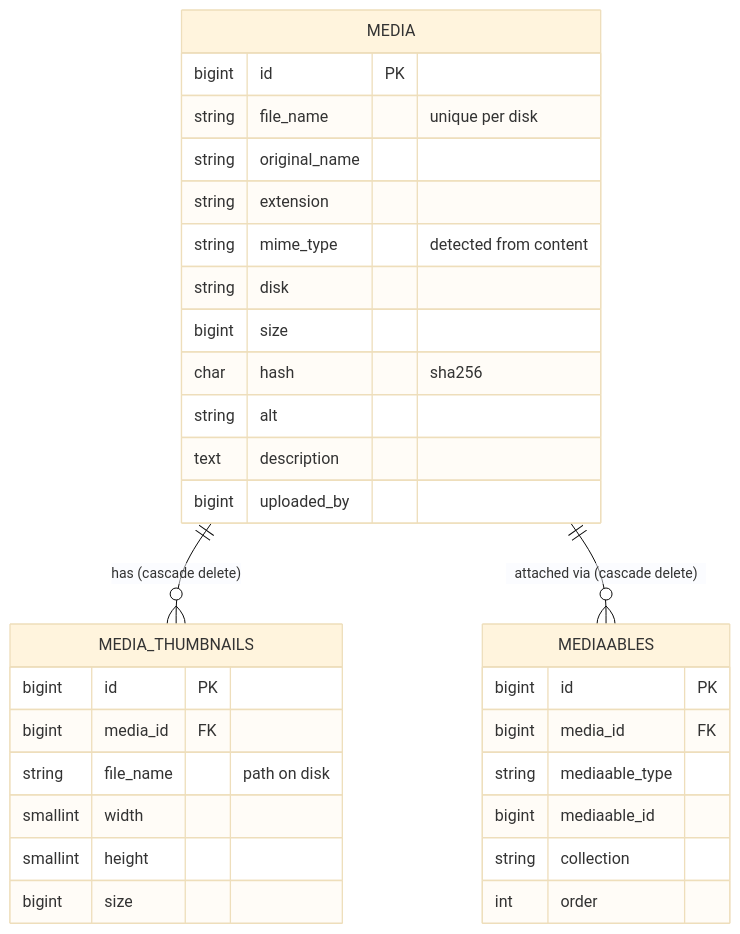
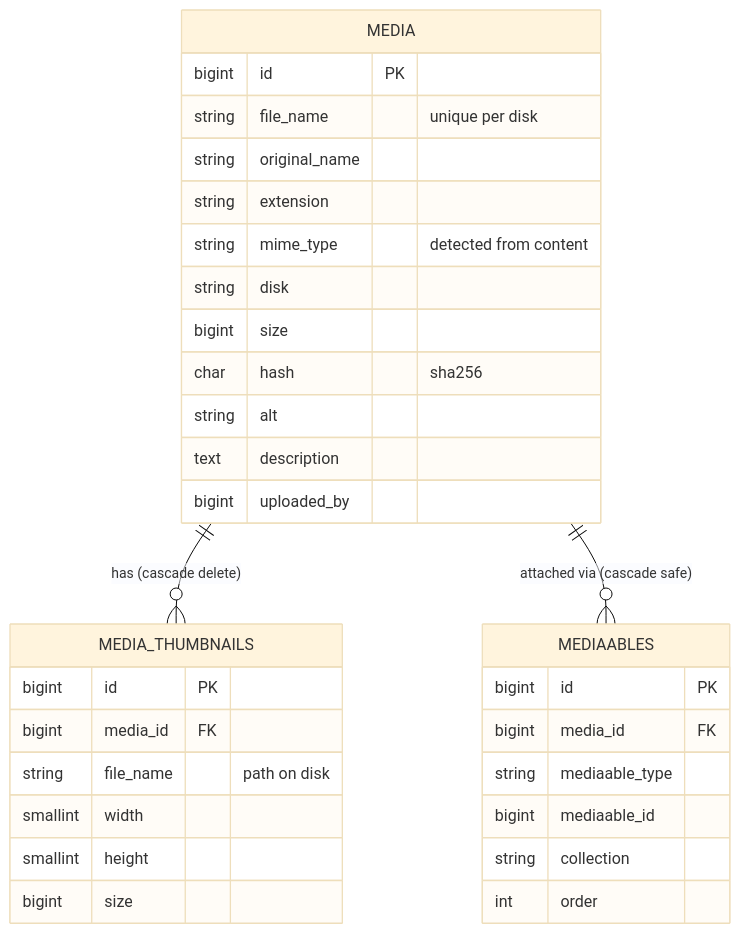
One commit to lhaamed/MediaModule changed the diagram in README.md. Above: the diagram before and after it, drawn with Mermaid (base theme).

Commit message:
readme updated.

````diff
--- a/README.md
+++ b/README.md
@@ -37,34 +37,34 @@
 ```mermaid
 erDiagram
     MEDIA ||--o{ MEDIA_THUMBNAILS : "has (cascade delete)"
-    MEDIA ||--o{ MEDIAABLES : "attached via (cascade delete)"
+    MEDIA ||--o{ MEDIAABLES : "attached via (cascade safe)"
     MEDIA {
         bigint id PK
         string file_name "unique per disk"
         string original_name
         string extension
         string mime_type "detected from content"
         string disk
         bigint size
         char hash "sha256"
         string alt
         text description
         bigint uploaded_by
     }
     MEDIAABLES {
         bigint id PK
         bigint media_id FK
         string mediaable_type
         bigint mediaable_id
         string collection
         int order
     }
     MEDIA_THUMBNAILS {
         bigint id PK
         bigint media_id FK
         string file_name "path on disk"
         smallint width
         smallint height
         bigint size
     }
 ```
````
